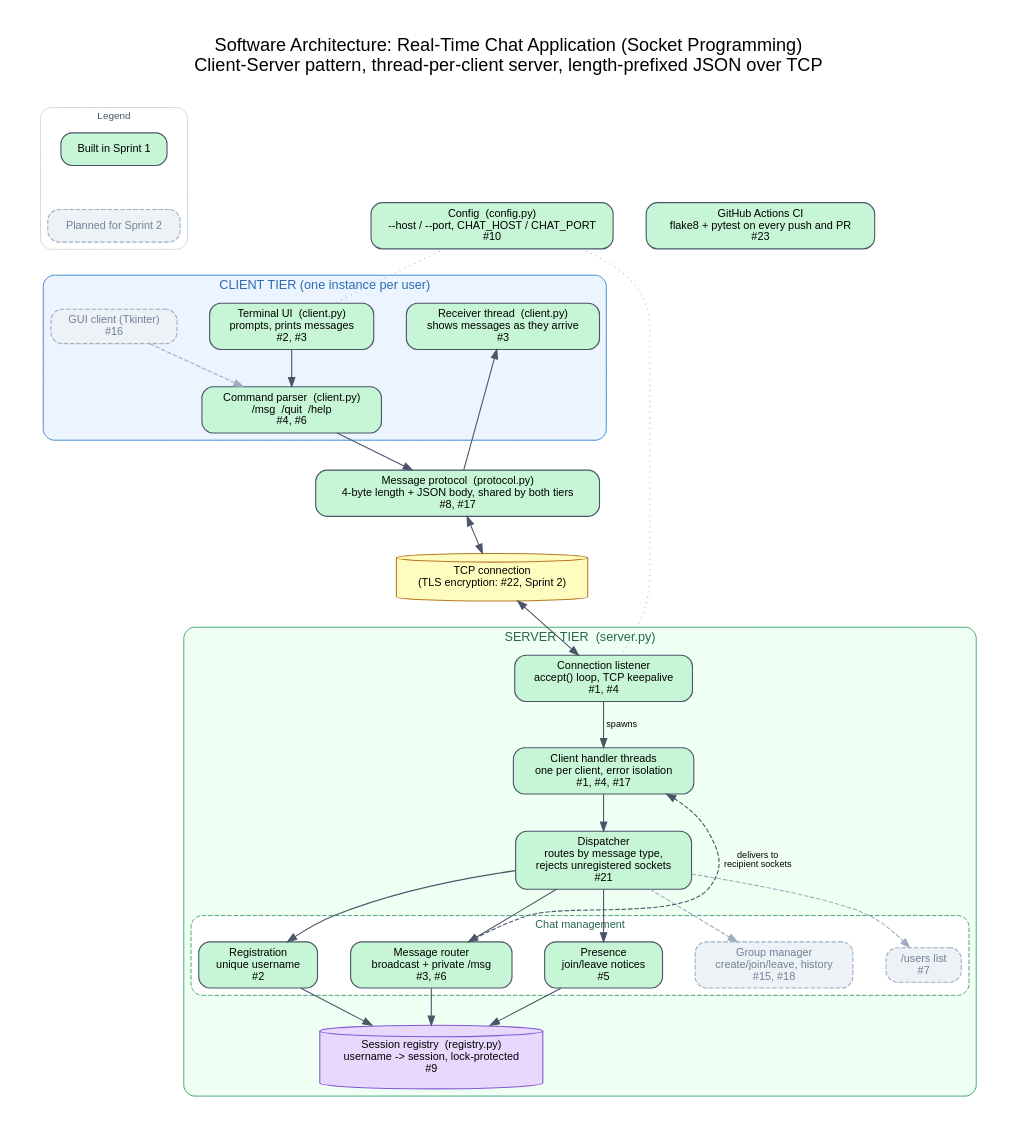
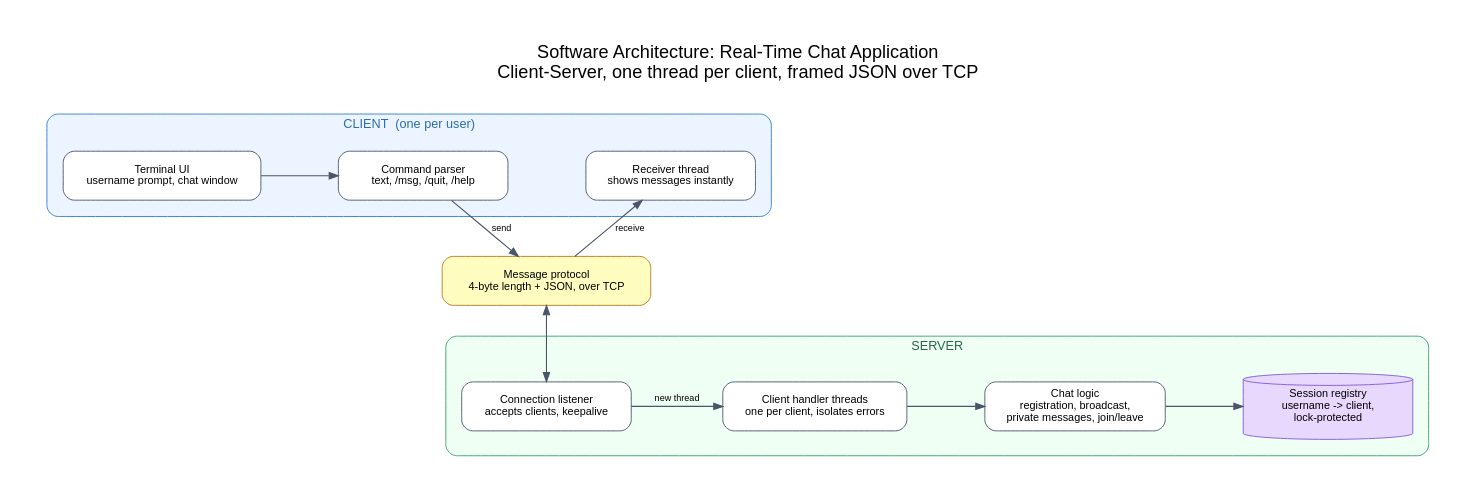
Before and after one commit to Kabir7code/Chat-application-Socket-Programming-: the diagram in Documents/diagrams/architecture.dot, drawn with Graphviz. The commit also changed 3 other files, not shown here.

Commit message:
Simplify architecture and component diagrams to the as-built system

```diff
--- a/Documents/diagrams/architecture.dot
+++ b/Documents/diagrams/architecture.dot
@@ -1,65 +1,37 @@
-// Software architecture of the chat application.
-// Render: dot -Tpng architecture.dot -o ../Architecture_Diagram.png
+// Software architecture of the chat application (as built, Sprint 1).
+// Render: dot -Tpng -Gdpi=150 architecture.dot -o ../Architecture_Diagram.png
 digraph Architecture {
-  graph [rankdir=TB, fontname="Helvetica", fontsize=20, labelloc=t, pad=0.4, nodesep=0.5, ranksep=0.55, bgcolor=white,
-         label="Software Architecture: Real-Time Chat Application (Socket Programming)\nClient-Server pattern, thread-per-client server, length-prefixed JSON over TCP\n "];
-  node  [shape=box, style="rounded,filled", fontname="Helvetica", fontsize=12, color="#4A5568", penwidth=1.2, margin="0.18,0.08", fillcolor="#FFFFFF"];
+  ordering=out;
+  graph [rankdir=TB, fontname="Helvetica", fontsize=20, labelloc=t, pad=0.5, nodesep=0.6, ranksep=0.7, bgcolor=white, newrank=true,
+         label="Software Architecture: Real-Time Chat Application\nClient-Server, one thread per client, framed JSON over TCP\n "];
+  node  [shape=box, style="rounded,filled", fontname="Helvetica", fontsize=12, color="#4A5568", fillcolor="#FFFFFF", margin="0.2,0.1", width=2.6, height=0.75];
   edge  [fontname="Helvetica", fontsize=10, color="#4A5568", penwidth=1.2];
 
-  subgraph cluster_legend {
-    label="Legend"; style="rounded"; color="#CBD5E0"; fontsize=11; fontcolor="#4A5568";
-    built   [label="Built in Sprint 1", fillcolor="#C6F6D5"];
-    planned [label="Planned for Sprint 2", style="rounded,filled,dashed", fillcolor="#EDF2F7", fontcolor="#718096", color="#A0AEC0"];
-    built -> planned [style=invis];
+  subgraph cluster_client {
+    label="CLIENT  (one per user)"; style="rounded,filled"; fillcolor="#EBF4FF"; color="#3182CE"; fontsize=14; fontcolor="#2B6CB0"; margin=18;
+    ui     [label="Terminal UI\nusername prompt, chat window"];
+    parser [label="Command parser\ntext, /msg, /quit, /help"];
+    recv   [label="Receiver thread\nshows messages instantly"];
+    {rank=same; ui; parser; recv}
+    ui -> parser;
+    parser -> recv [style=invis];
   }
 
-  subgraph cluster_client {
-    label="CLIENT TIER (one instance per user)"; style="rounded,filled"; fillcolor="#EBF4FF"; color="#3182CE"; fontsize=14; fontcolor="#2B6CB0";
-    gui    [label="GUI client (Tkinter)\n#16", style="rounded,filled,dashed", fillcolor="#EDF2F7", fontcolor="#718096", color="#A0AEC0"];
-    cli    [label="Terminal UI  (client.py)\nprompts, prints messages\n#2, #3", fillcolor="#C6F6D5"];
-    parser [label="Command parser  (client.py)\n/msg  /quit  /help\n#4, #6", fillcolor="#C6F6D5"];
-    recv   [label="Receiver thread  (client.py)\nshows messages as they arrive\n#3", fillcolor="#C6F6D5"];
-    gui -> parser [style=dashed, color="#A0AEC0"];
-    cli -> parser;
+  proto [label="Message protocol\n4-byte length + JSON, over TCP", fillcolor="#FEFCBF", color="#B7791F", width=3.2];
+
+  subgraph cluster_server {
+    label="SERVER"; style="rounded,filled"; fillcolor="#F0FFF4"; color="#38A169"; fontsize=14; fontcolor="#276749"; margin=18;
+    listen  [label="Connection listener\naccepts clients, keepalive"];
+    handler [label="Client handler threads\none per client, isolates errors"];
+    logic   [label="Chat logic\nregistration, broadcast,\nprivate messages, join/leave"];
+    store   [shape=cylinder, label="Session registry\nusername -> client,\nlock-protected", fillcolor="#E9D8FD", color="#805AD5"];
+    {rank=same; listen; handler; logic; store}
+    listen -> handler [label=" new thread"];
+    handler -> logic;
+    logic -> store;
   }
 
-  proto [label="Message protocol  (protocol.py)\n4-byte length + JSON body, shared by both tiers\n#8, #17", fillcolor="#C6F6D5", shape=box];
-  net   [shape=cylinder, label="TCP connection\n(TLS encryption: #22, Sprint 2)", fillcolor="#FEFCBF", color="#B7791F"];
-
-  subgraph cluster_server {
-    label="SERVER TIER  (server.py)"; style="rounded,filled"; fillcolor="#F0FFF4"; color="#38A169"; fontsize=14; fontcolor="#276749";
-    listen  [label="Connection listener\naccept() loop, TCP keepalive\n#1, #4", fillcolor="#C6F6D5"];
-    handler [label="Client handler threads\none per client, error isolation\n#1, #4, #17", fillcolor="#C6F6D5"];
-    disp    [label="Dispatcher\nroutes by message type,\nrejects unregistered sockets\n#21", fillcolor="#C6F6D5"];
-
-    subgraph cluster_core {
-      label="Chat management"; style="rounded,dashed"; color="#38A169"; fontsize=12; fontcolor="#276749";
-      reg    [label="Registration\nunique username\n#2", fillcolor="#C6F6D5"];
-      route  [label="Message router\nbroadcast + private /msg\n#3, #6", fillcolor="#C6F6D5"];
-      pres   [label="Presence\njoin/leave notices\n#5", fillcolor="#C6F6D5"];
-      groups [label="Group manager\ncreate/join/leave, history\n#15, #18", style="rounded,filled,dashed", fillcolor="#EDF2F7", fontcolor="#718096", color="#A0AEC0"];
-      users  [label="/users list\n#7", style="rounded,filled,dashed", fillcolor="#EDF2F7", fontcolor="#718096", color="#A0AEC0"];
-    }
-
-    store [shape=cylinder, label="Session registry  (registry.py)\nusername -> session, lock-protected\n#9", fillcolor="#E9D8FD", color="#805AD5"];
-
-    listen -> handler [label=" spawns"];
-    handler -> disp;
-    disp -> reg; disp -> route; disp -> pres;
-    disp -> groups [style=dashed, color="#A0AEC0"];
-    disp -> users  [style=dashed, color="#A0AEC0"];
-    reg -> store; route -> store; pres -> store;
-  }
-
-  cfg [label="Config  (config.py)\n--host / --port, CHAT_HOST / CHAT_PORT\n#10", fillcolor="#C6F6D5"];
-  ci  [label="GitHub Actions CI\nflake8 + pytest on every push and PR\n#23", fillcolor="#C6F6D5"];
-
-  parser -> proto; recv -> proto [dir=back];
-  proto -> net [dir=both];
-  net -> listen [dir=both];
-  cfg -> cli [style=dotted, arrowhead=none, color="#A0AEC0"];
-  cfg -> listen [style=dotted, arrowhead=none, color="#A0AEC0"];
-  route -> handler [style=dashed, constraint=false, label=" delivers to\n recipient sockets"];
-  {rank=same; cfg; ci}
-  planned -> gui [style=invis];
+  parser -> proto [label=" send"];
+  proto -> recv  [label=" receive"];
+  proto -> listen [dir=both];
 }
```
